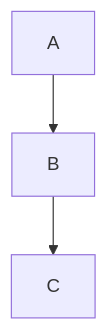
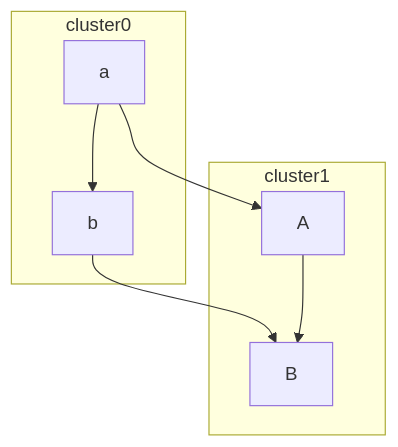
Before and after one commit to monitorian/dot2mermaid: the diagram in flowchart.md, drawn with Mermaid. The commit also changed 4 other files, not shown here.

````diff
--- a/flowchart.md
+++ b/flowchart.md
@@ -1,5 +1,12 @@
 ```mermaid
 flowchart TB
-    A-->B
-    B-->C
+        a-->A   
+        b-->B   
+
+      subgraph cluster0
+        a-->b   
+      end
+      subgraph cluster1
+        A-->B   
+      end
 ```
````
